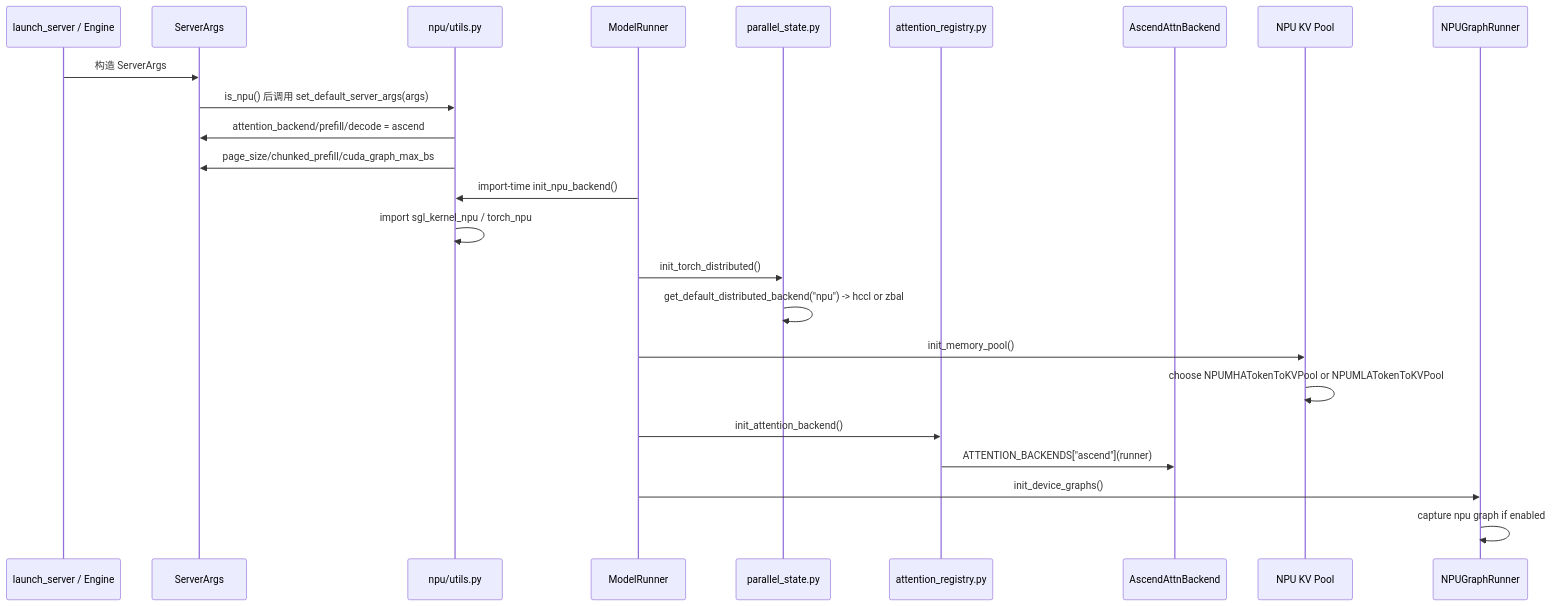
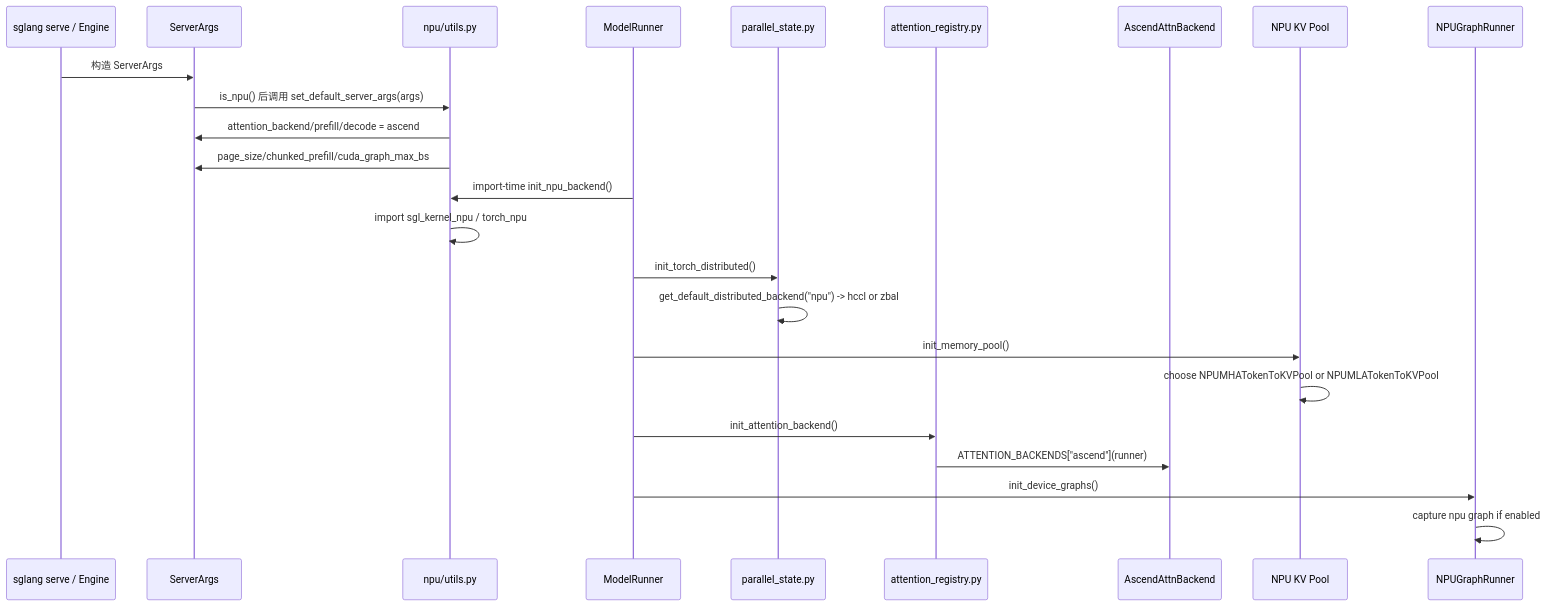
Before and after one commit to cl-vv-h/SGLang_Tutor: the second of 16 diagrams in learning/sglang-ascend-npu/02-ascend-npu-integration-map.md, drawn with Mermaid. The commit also changed 8 other files, not shown here.

````diff
--- a/learning/sglang-ascend-npu/02-ascend-npu-integration-map.md
+++ b/learning/sglang-ascend-npu/02-ascend-npu-integration-map.md
@@ -115,27 +115,27 @@
 ```mermaid
 sequenceDiagram
-  participant CLI as launch_server / Engine
+  participant CLI as sglang serve / Engine
   participant SA as ServerArgs
   participant U as npu/utils.py
   participant MR as ModelRunner
   participant DIST as parallel_state.py
   participant REG as attention_registry.py
   participant ATTN as AscendAttnBackend
   participant MEM as NPU KV Pool
   participant GRAPH as NPUGraphRunner
 
   CLI->>SA: 构造 ServerArgs
   SA->>U: is_npu() 后调用 set_default_server_args(args)
   U->>SA: attention_backend/prefill/decode = ascend
   U->>SA: page_size/chunked_prefill/cuda_graph_max_bs
   MR->>U: import-time init_npu_backend()
   U->>U: import sgl_kernel_npu / torch_npu
   MR->>DIST: init_torch_distributed()
   DIST->>DIST: get_default_distributed_backend("npu") -> hccl or zbal
   MR->>MEM: init_memory_pool()
   MEM->>MEM: choose NPUMHATokenToKVPool or NPUMLATokenToKVPool
   MR->>REG: init_attention_backend()
   REG->>ATTN: ATTENTION_BACKENDS["ascend"](runner)
   MR->>GRAPH: init_device_graphs()
   GRAPH->>GRAPH: capture npu graph if enabled
 ```
````
